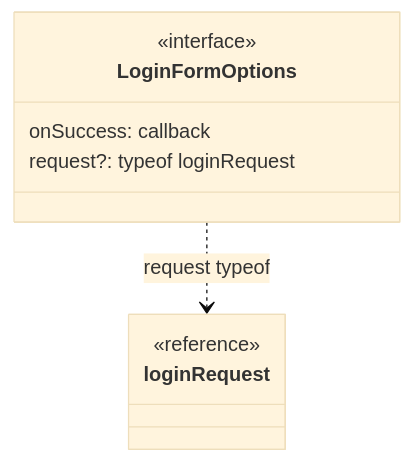
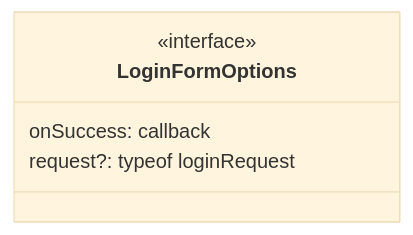
The third of 21 diagrams in front/docs/architecture/views/logical/type-reference/auth.md (gpgsistemas01/nexus), drawn with Mermaid (base theme) before and after one commit. The commit also changed other lines of this file and 37 other files, not shown here.

Commit message:
docs: depurar diagramas y conservar contratos propios del frontend

````diff
--- a/front/docs/architecture/views/logical/type-reference/auth.md
+++ b/front/docs/architecture/views/logical/type-reference/auth.md
@@ -82,13 +74,9 @@
 ```mermaid
 classDiagram
-    direction TB
+    direction LR
     class Subject["LoginFormOptions"] {
         <<interface>>
         onSuccess: callback
         request?: typeof loginRequest
     }
-    class R0["loginRequest"] {
-        <<reference>>
-    }
-    Subject ..> R0 : request typeof
 ```
````
